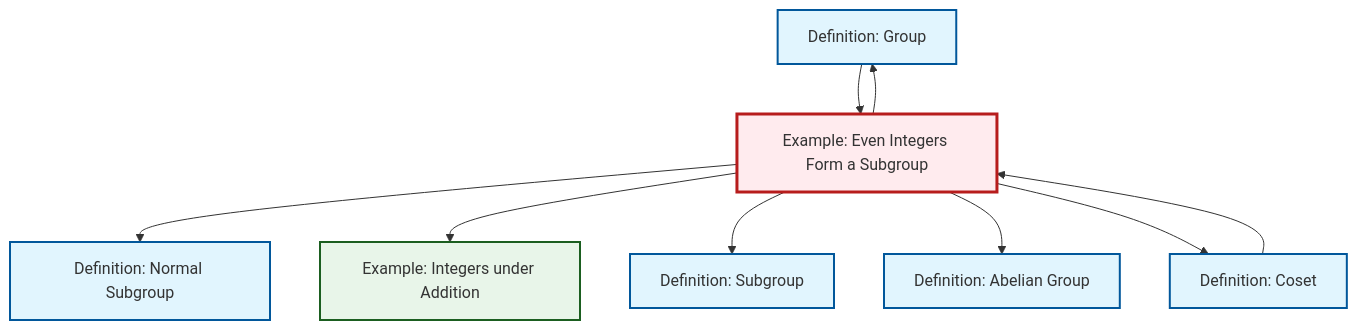
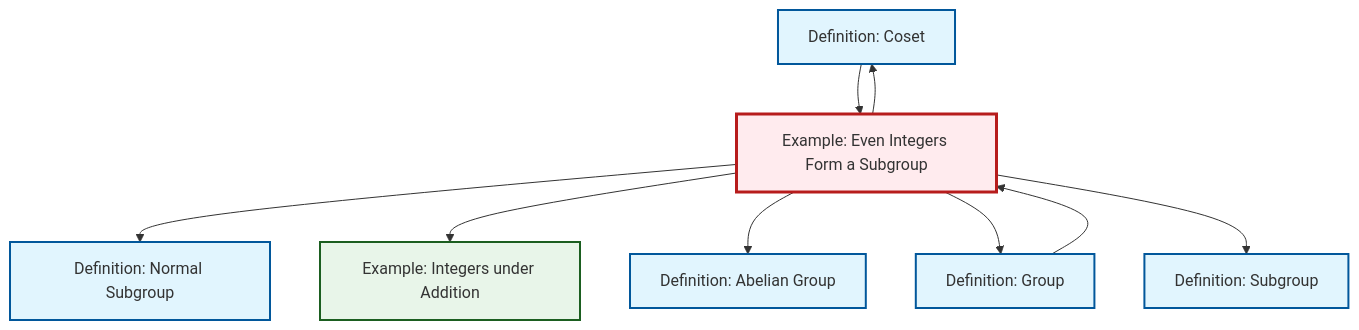
One commit to RK0429/ModernMath changed the diagram in output/mermaid/ex-even-integers-subgroup.mermaid. Above: the diagram before and after it, drawn with Mermaid. The commit also changed other lines of this file and 1353 other files, not shown here.

```diff
--- a/output/mermaid/ex-even-integers-subgroup.mermaid
+++ b/output/mermaid/ex-even-integers-subgroup.mermaid
@@ -1,23 +1,23 @@
 %%| fig-cap: "Local dependency graph"
 graph TD
     classDef definition fill:#e1f5fe,stroke:#01579b,stroke-width:2px
     classDef theorem fill:#f3e5f5,stroke:#4a148c,stroke-width:2px
     classDef axiom fill:#fff3e0,stroke:#e65100,stroke-width:2px
     classDef example fill:#e8f5e9,stroke:#1b5e20,stroke-width:2px
     classDef current fill:#ffebee,stroke:#b71c1c,stroke-width:3px
+    def-coset["Definition: Coset"]:::definition
+    def-subgroup["Definition: Subgroup"]:::definition
+    def-abelian-group["Definition: Abelian Group"]:::definition
+    ex-integers-addition["Example: Integers under Addition"]:::example
+    def-normal-subgroup["Definition: Normal Subgroup"]:::definition
     def-group["Definition: Group"]:::definition
-    ex-integers-addition["Example: Integers under Addition"]:::example
     ex-even-integers-subgroup["Example: Even Integers Form a Subgroup"]:::example
-    def-subgroup["Definition: Subgroup"]:::definition
-    def-normal-subgroup["Definition: Normal Subgroup"]:::definition
-    def-abelian-group["Definition: Abelian Group"]:::definition
-    def-coset["Definition: Coset"]:::definition
-    ex-even-integers-subgroup --> def-group
     ex-even-integers-subgroup --> def-normal-subgroup
+    ex-even-integers-subgroup --> ex-integers-addition
     def-coset --> ex-even-integers-subgroup
-    ex-even-integers-subgroup --> ex-integers-addition
-    ex-even-integers-subgroup --> def-subgroup
     ex-even-integers-subgroup --> def-abelian-group
     ex-even-integers-subgroup --> def-coset
+    ex-even-integers-subgroup --> def-group
+    ex-even-integers-subgroup --> def-subgroup
     def-group --> ex-even-integers-subgroup
     class ex-even-integers-subgroup current
```
